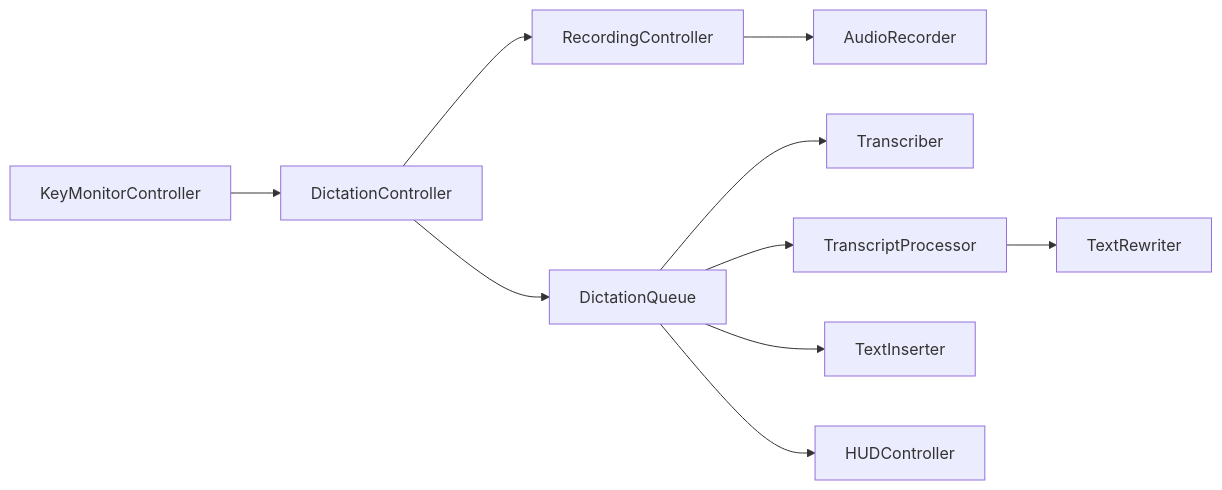
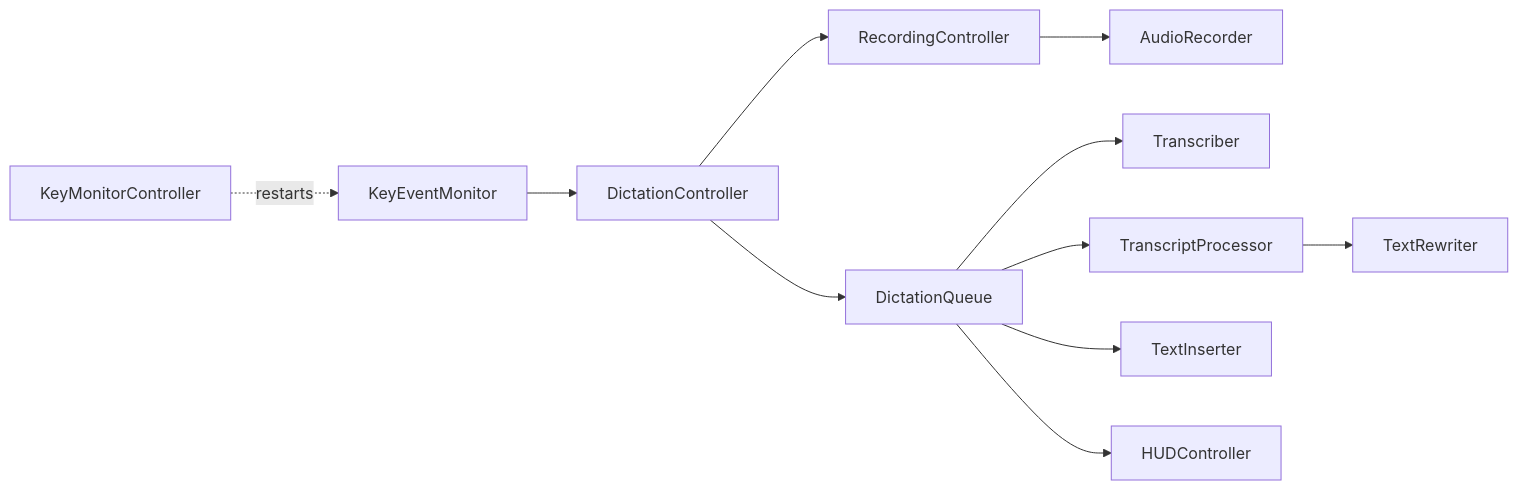
Before and after one commit to okoflow/waft: the second of 2 diagrams in docs/architecture.md, drawn with Mermaid. The commit also changed other lines of this file and 14 other files, not shown here.

````diff
--- a/docs/architecture.md
+++ b/docs/architecture.md
@@ -85,12 +92,13 @@
 ```mermaid
 flowchart LR
-  monitor[KeyMonitorController] --> controller[DictationController]
+  monitor[KeyEventMonitor] --> controller[DictationController]
+  keeper[KeyMonitorController] -. restarts .-> monitor
   controller --> recording[RecordingController]
   recording --> recorder[AudioRecorder]
   controller --> queue[DictationQueue]
   queue --> transcriber[Transcriber]
   queue --> processor[TranscriptProcessor]
   processor --> rewriter[TextRewriter]
   queue --> inserter[TextInserter]
   queue --> hud[HUDController]
 ```
````
